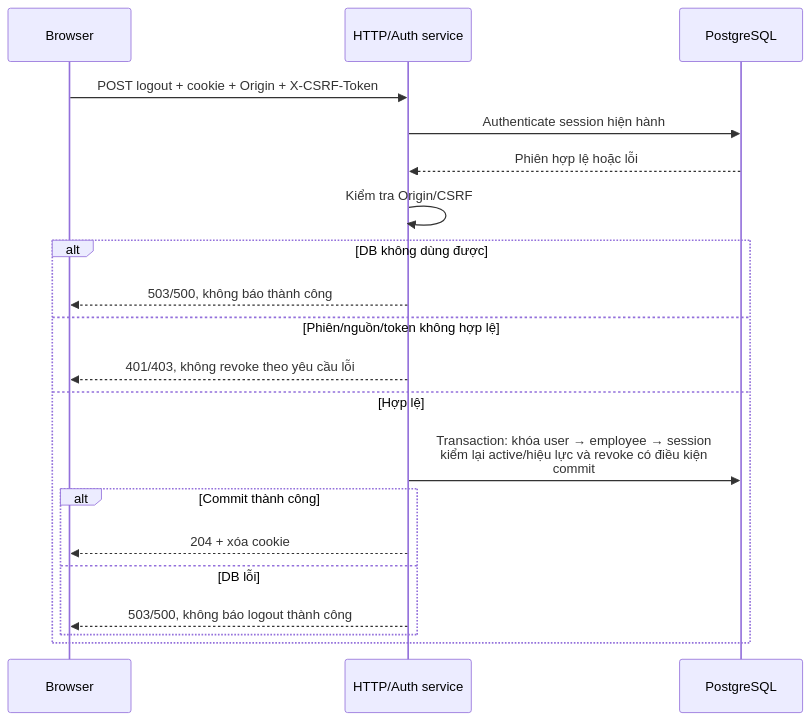
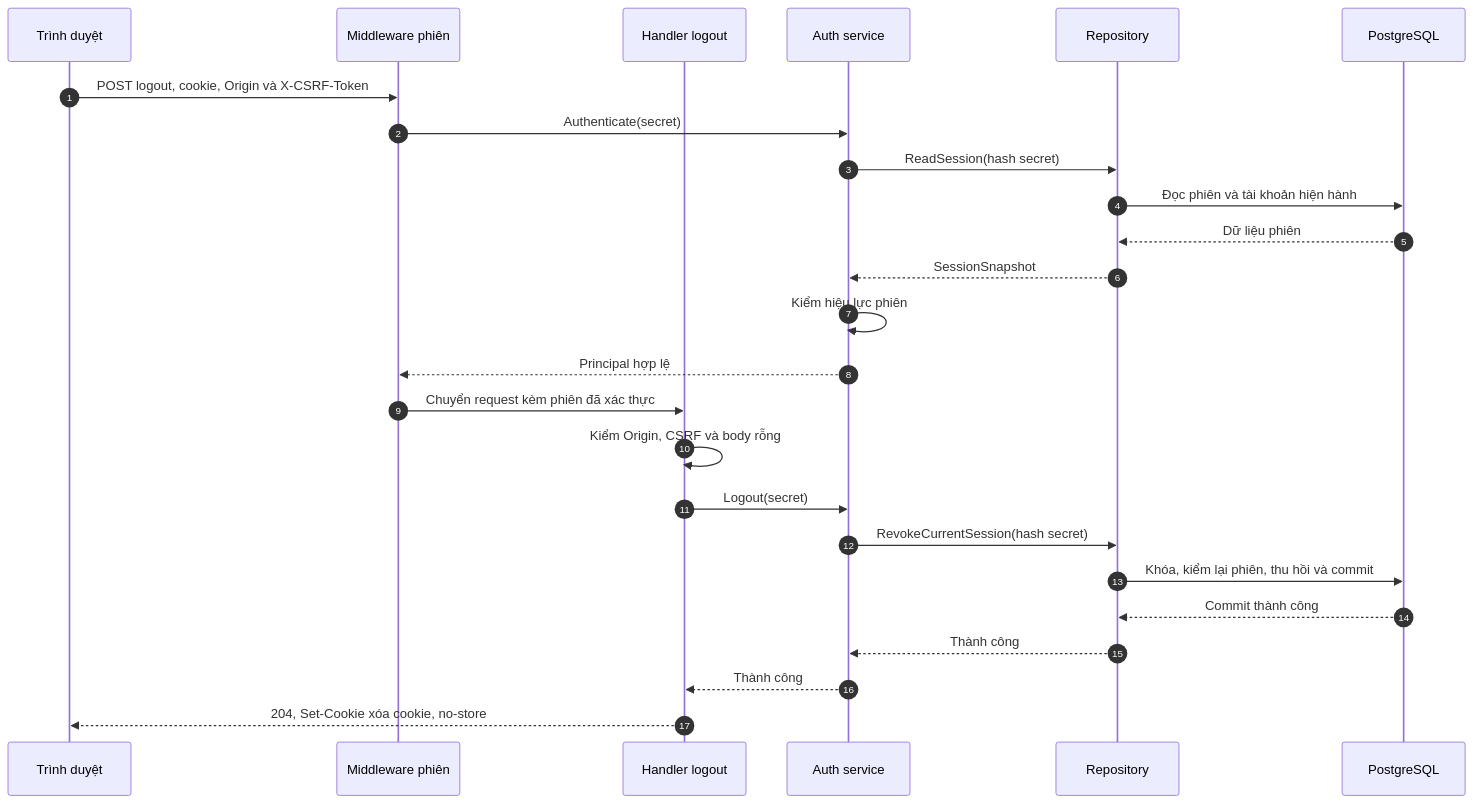
One commit to mingquanjp/prj-manage-system changed the sixth of 7 diagrams in docs/proposals/backend-auth-session.md. Above: the diagram before and after it, drawn with Mermaid. The commit also changed other lines of this file and 4 other files, not shown here.

First line of the commit message:
docs(auth): reorganize the proposal around the current design

````diff
--- a/docs/proposals/backend-auth-session.md
+++ b/docs/proposals/backend-auth-session.md
@@ -691,22 +327,27 @@
 ```mermaid
 sequenceDiagram
-  participant B as Browser
-  participant H as HTTP/Auth service
+  autonumber
+  participant B as Trình duyệt
+  participant M as Middleware phiên
+  participant H as Handler logout
+  participant S as Auth service
+  participant R as Repository
   participant D as PostgreSQL
-  B->>H: POST logout + cookie + Origin + X-CSRF-Token
-  H->>D: Authenticate session hiện hành
-  D-->>H: Phiên hợp lệ hoặc lỗi
-  H->>H: Kiểm tra Origin/CSRF
-  alt DB không dùng được
-    H-->>B: 503/500, không báo thành công
-  else Phiên/nguồn/token không hợp lệ
-    H-->>B: 401/403, không revoke theo yêu cầu lỗi
-  else Hợp lệ
-    H->>D: Transaction: khóa user → employee → session<br/> kiểm lại active/hiệu lực và revoke có điều kiện<br/> commit
-    alt Commit thành công
-      H-->>B: 204 + xóa cookie
-    else DB lỗi
-      H-->>B: 503/500, không báo logout thành công
-    end
-  end
+  B->>M: POST logout, cookie, Origin và X-CSRF-Token
+  M->>S: Authenticate(secret)
+  S->>R: ReadSession(hash secret)
+  R->>D: Đọc phiên và tài khoản hiện hành
+  D-->>R: Dữ liệu phiên
+  R-->>S: SessionSnapshot
+  S->>S: Kiểm hiệu lực phiên
+  S-->>M: Principal hợp lệ
+  M->>H: Chuyển request kèm phiên đã xác thực
+  H->>H: Kiểm Origin, CSRF và body rỗng
+  H->>S: Logout(secret)
+  S->>R: RevokeCurrentSession(hash secret)
+  R->>D: Khóa, kiểm lại phiên, thu hồi và commit
+  D-->>R: Commit thành công
+  R-->>S: Thành công
+  S-->>H: Thành công
+  H-->>B: 204, Set-Cookie xóa cookie, no-store
 ```
````
